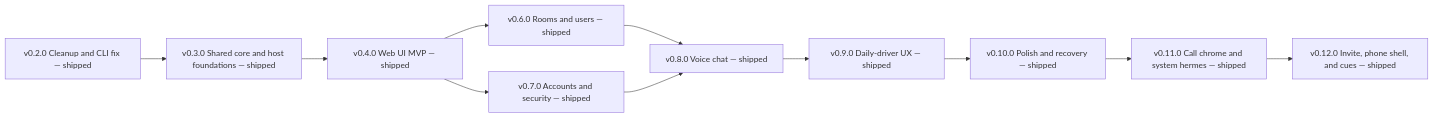
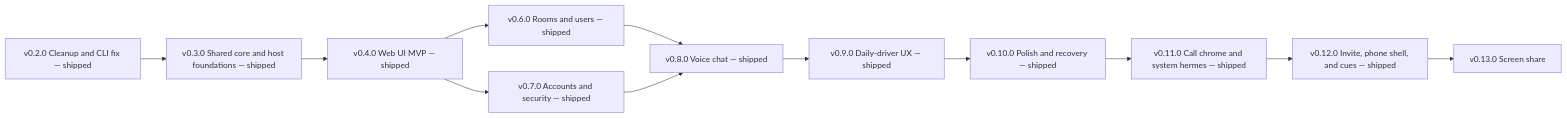
Before and after one commit to ahyibrahim/hermes-be: the diagram in docs/ROADMAP.md, drawn with Mermaid. The commit also changed other lines of this file and 6 other files, not shown here.

First line of the commit message:
Add one-at-a-time screen-share signaling and bump to 0.13.0.

````diff
--- a/docs/ROADMAP.md
+++ b/docs/ROADMAP.md
@@ -110,13 +111,14 @@
 ```mermaid
 graph LR
   v02[v0.2.0 Cleanup and CLI fix — shipped] --> v03[v0.3.0 Shared core and host foundations — shipped]
   v03 --> v04[v0.4.0 Web UI MVP — shipped]
   v04 --> v06[v0.6.0 Rooms and users — shipped]
   v04 --> v07[v0.7.0 Accounts and security — shipped]
   v06 --> v08[v0.8.0 Voice chat — shipped]
   v07 --> v08
   v08 --> v09[v0.9.0 Daily-driver UX — shipped]
   v09 --> v10[v0.10.0 Polish and recovery — shipped]
   v10 --> v11[v0.11.0 Call chrome and system hermes — shipped]
   v11 --> v12[v0.12.0 Invite, phone shell, and cues — shipped]
+  v12 --> v13[v0.13.0 Screen share]
 ```
````
